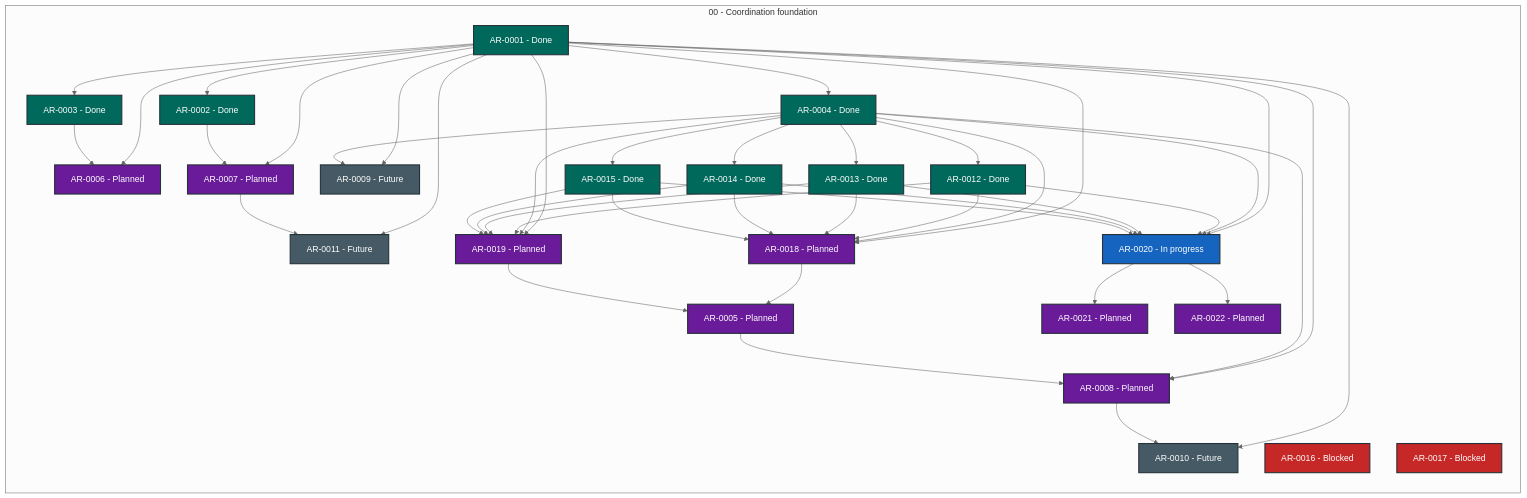
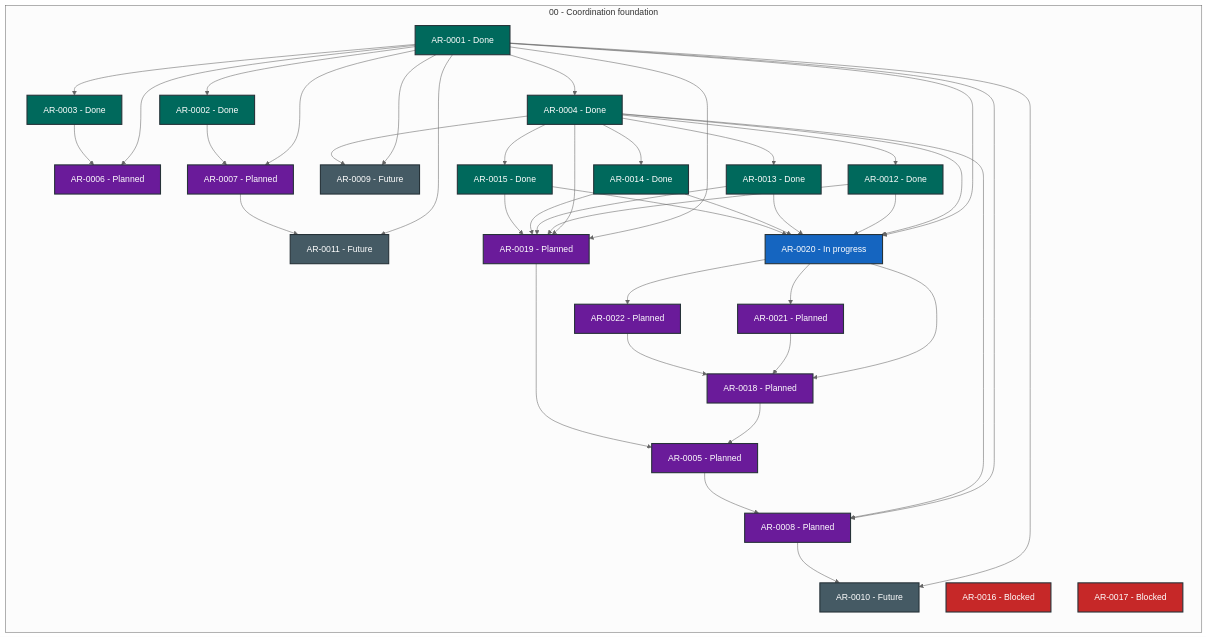
The diagram in STATUS.md (martin-beck/agent-workflow-quality-state), drawn with Mermaid (neutral theme) before and after one commit. The commit also changed other lines of this file and 1 other file, not shown here.

````diff
--- a/STATUS.md
+++ b/STATUS.md
@@ -27,78 +27,75 @@
 ```mermaid
 flowchart LR
     subgraph series_00["00 - Coordination foundation"]
         direction TB
         AR_0001["AR-0001 - Done"]:::status_done
         AR_0002["AR-0002 - Done"]:::status_done
         AR_0003["AR-0003 - Done"]:::status_done
         AR_0004["AR-0004 - Done"]:::status_done
         AR_0005["AR-0005 - Planned"]:::status_planned
         AR_0006["AR-0006 - Planned"]:::status_planned
         AR_0007["AR-0007 - Planned"]:::status_planned
         AR_0008["AR-0008 - Planned"]:::status_planned
         AR_0009["AR-0009 - Future"]:::status_future
         AR_0010["AR-0010 - Future"]:::status_future
         AR_0011["AR-0011 - Future"]:::status_future
         AR_0012["AR-0012 - Done"]:::status_done
         AR_0013["AR-0013 - Done"]:::status_done
         AR_0014["AR-0014 - Done"]:::status_done
         AR_0015["AR-0015 - Done"]:::status_done
         AR_0016["AR-0016 - Blocked"]:::status_blocked
         AR_0017["AR-0017 - Blocked"]:::status_blocked
         AR_0018["AR-0018 - Planned"]:::status_planned
         AR_0019["AR-0019 - Planned"]:::status_planned
         AR_0020["AR-0020 - In progress"]:::status_in_progress
         AR_0021["AR-0021 - Planned"]:::status_planned
         AR_0022["AR-0022 - Planned"]:::status_planned
     end
     AR_0001 --> AR_0002
     AR_0001 --> AR_0003
     AR_0001 --> AR_0004
     AR_0001 --> AR_0006
     AR_0001 --> AR_0007
     AR_0001 --> AR_0008
     AR_0001 --> AR_0009
     AR_0001 --> AR_0010
     AR_0001 --> AR_0011
-    AR_0001 --> AR_0018
     AR_0001 --> AR_0019
     AR_0001 --> AR_0020
     AR_0002 --> AR_0007
     AR_0003 --> AR_0006
     AR_0004 --> AR_0008
     AR_0004 --> AR_0009
     AR_0004 --> AR_0012
     AR_0004 --> AR_0013
     AR_0004 --> AR_0014
     AR_0004 --> AR_0015
-    AR_0004 --> AR_0018
     AR_0004 --> AR_0019
     AR_0004 --> AR_0020
     AR_0005 --> AR_0008
     AR_0007 --> AR_0011
     AR_0008 --> AR_0010
-    AR_0012 --> AR_0018
     AR_0012 --> AR_0019
     AR_0012 --> AR_0020
-    AR_0013 --> AR_0018
     AR_0013 --> AR_0019
     AR_0013 --> AR_0020
-    AR_0014 --> AR_0018
     AR_0014 --> AR_0019
     AR_0014 --> AR_0020
-    AR_0015 --> AR_0018
     AR_0015 --> AR_0019
     AR_0015 --> AR_0020
     AR_0018 --> AR_0005
     AR_0019 --> AR_0005
+    AR_0020 --> AR_0018
     AR_0020 --> AR_0021
     AR_0020 --> AR_0022
+    AR_0021 --> AR_0018
+    AR_0022 --> AR_0018
     classDef status_in_progress fill:#1565c0,color:#ffffff,stroke:#263238,stroke-width:2px
     classDef status_open fill:#2e7d32,color:#ffffff,stroke:#263238,stroke-width:2px
     classDef status_blocked fill:#c62828,color:#ffffff,stroke:#263238,stroke-width:2px
     classDef status_planned fill:#6a1b9a,color:#ffffff,stroke:#263238,stroke-width:2px
     classDef status_future fill:#455a64,color:#ffffff,stroke:#263238,stroke-width:2px
     classDef status_done fill:#00695c,color:#ffffff,stroke:#263238,stroke-width:2px
     classDef status_cancelled fill:#616161,color:#ffffff,stroke:#263238,stroke-width:2px
     classDef status_superseded fill:#5d4037,color:#ffffff,stroke:#263238,stroke-width:2px
 ```
````
